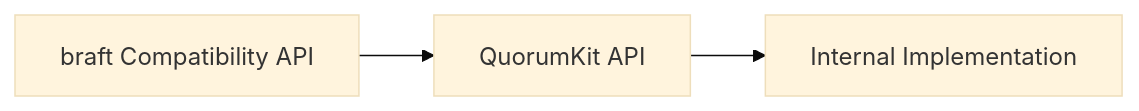
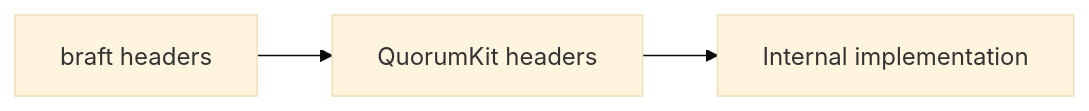
Before and after one commit to bringhurst/quorumkit: the diagram in docs/reference/api-overview.md, drawn with Mermaid (base theme). The commit also changed other lines of this file and 24 other files, not shown here.

````diff
--- a/docs/reference/api-overview.md
+++ b/docs/reference/api-overview.md
@@ -52,5 +48,5 @@
 ```mermaid
 flowchart LR
-    B[braft Compatibility API] --> Q[QuorumKit API]
-    Q --> I[Internal Implementation]
+    B[braft headers] --> Q[QuorumKit headers]
+    Q --> I[Internal implementation]
 ```
````
